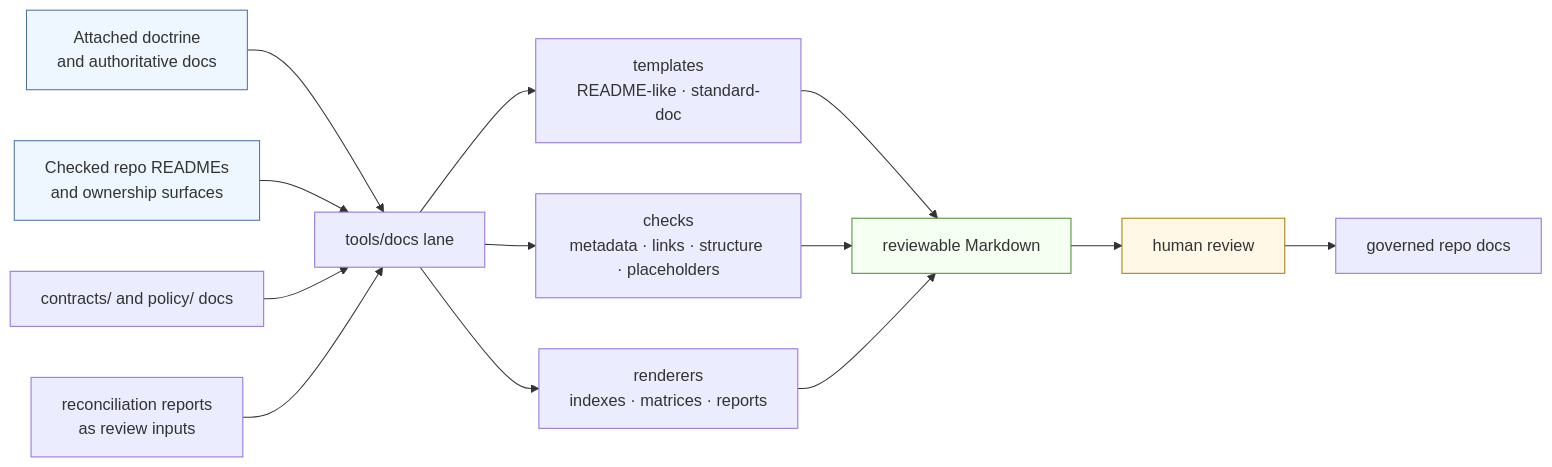
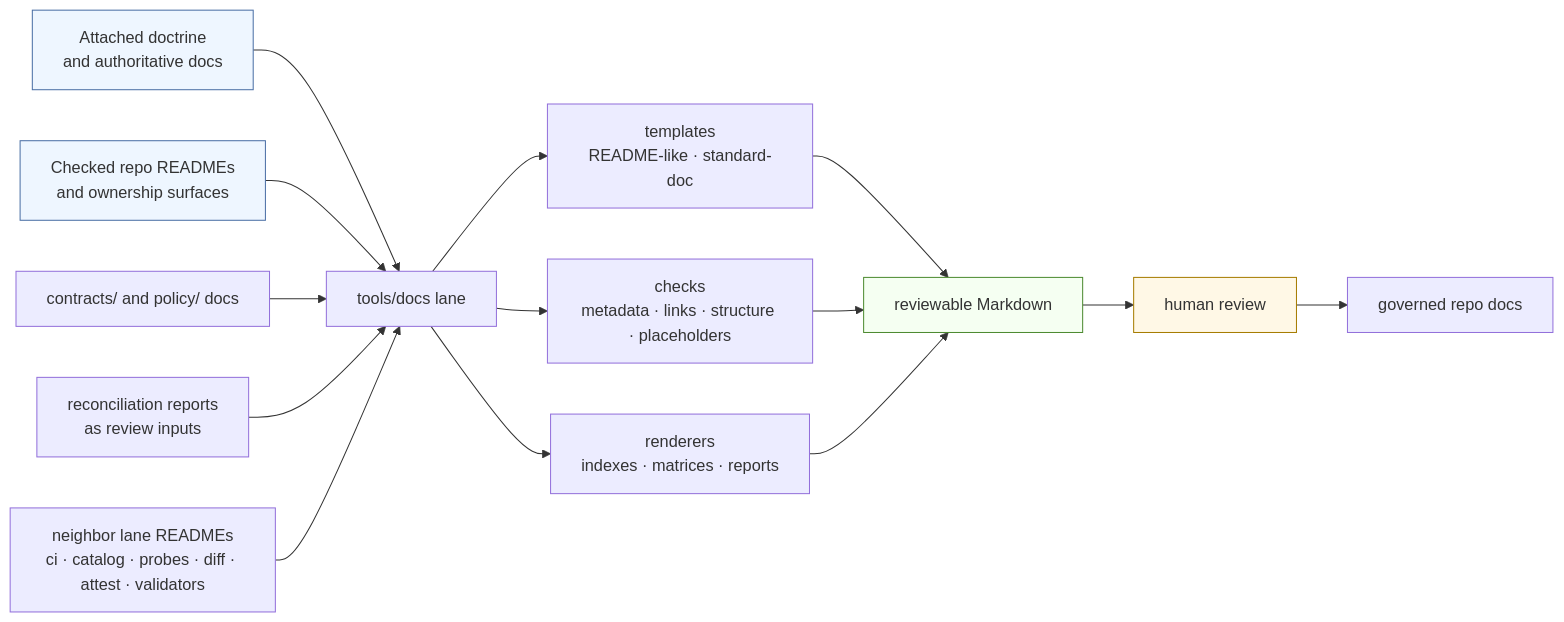
Before and after one commit to bartytime4life/Kansas-Frontier-Matrix: the diagram in tools/docs/README.md, drawn with Mermaid. The commit also changed other lines of this file, not shown here.

````diff
--- a/tools/docs/README.md
+++ b/tools/docs/README.md
@@ -311,23 +376,24 @@
 ```mermaid
 flowchart LR
     A[Attached doctrine<br/>and authoritative docs] --> B[tools/docs lane]
     C[Checked repo READMEs<br/>and ownership surfaces] --> B
     D[contracts/ and policy/ docs] --> B
     E[reconciliation reports<br/>as review inputs] --> B
+    N[neighbor lane READMEs<br/>ci · catalog · probes · diff · attest · validators] --> B
 
     B --> F[templates<br/>README-like · standard-doc]
     B --> G[checks<br/>metadata · links · structure · placeholders]
     B --> H[renderers<br/>indexes · matrices · reports]
 
     F --> I[reviewable Markdown]
     G --> I
     H --> I
 
     I --> J[human review]
     J --> K[governed repo docs]
 
     style A fill:#eef6ff,stroke:#4a6fa5
     style C fill:#eef6ff,stroke:#4a6fa5
     style I fill:#f5fff2,stroke:#4d8b31
     style J fill:#fff8e6,stroke:#a67c00
 ```
````
